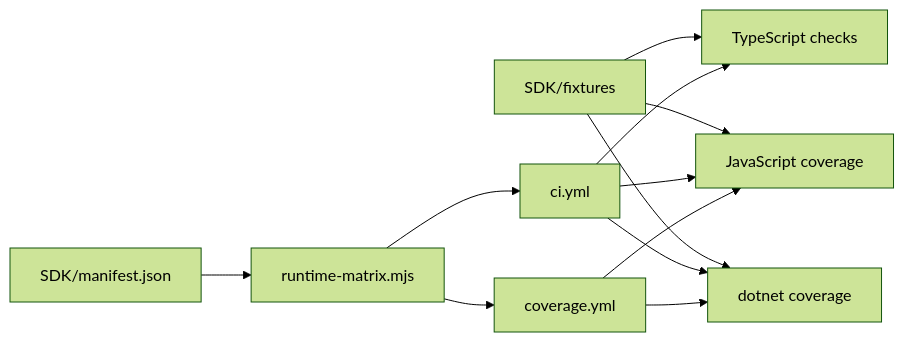
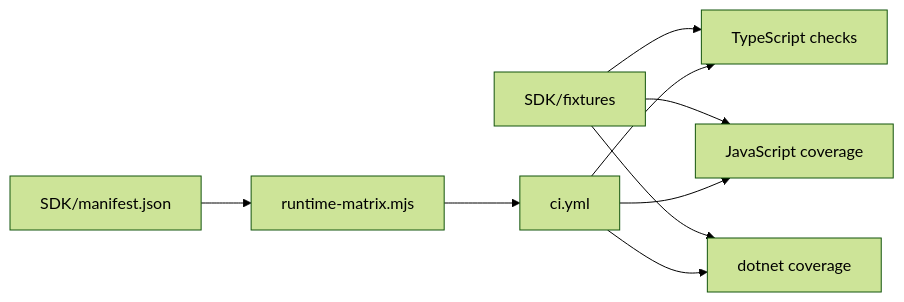
The diagram in SDK/docs/adr/0002-cross-runtime-verification-and-ci.md (managedcode/TPS), drawn with Mermaid (forest theme) before and after one commit. The commit also changed other lines of this file and 27 other files, not shown here.

Commit message:
Consolidate SDK CI and harden release flow

````diff
--- a/SDK/docs/adr/0002-cross-runtime-verification-and-ci.md
+++ b/SDK/docs/adr/0002-cross-runtime-verification-and-ci.md
@@ -51,14 +53,11 @@
 ```mermaid
 flowchart LR
   Manifest["SDK/manifest.json"] --> Matrix["runtime-matrix.mjs"]
   Matrix --> CI["ci.yml"]
-  Matrix --> Coverage["coverage.yml"]
   Fixtures["SDK/fixtures"] --> TS["TypeScript checks"]
   Fixtures --> JS["JavaScript coverage"]
   Fixtures --> CS["dotnet coverage"]
   CI --> TS
   CI --> JS
   CI --> CS
-  Coverage --> JS
-  Coverage --> CS
 ```
````
